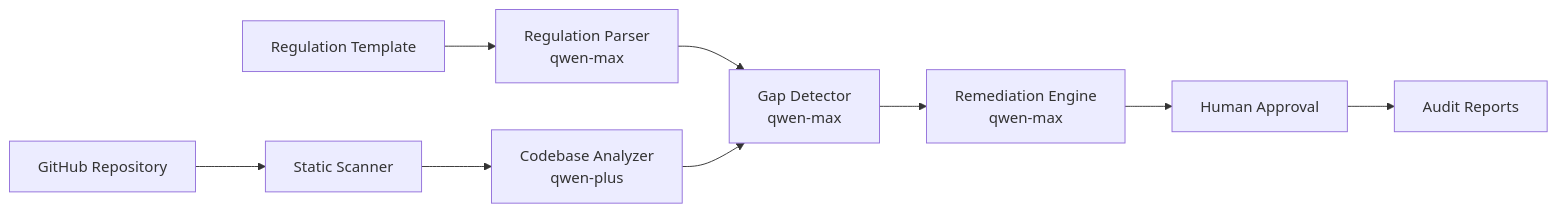
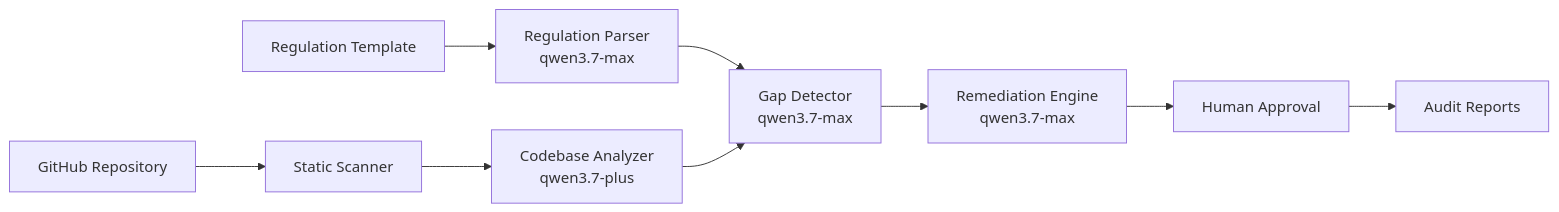
The diagram in README.md (adetorojeremiahfadesayo/Compliance-AI-Scanner), drawn with Mermaid before and after one commit. The commit also changed other lines of this file and 4 other files, not shown here.

````diff
--- a/README.md
+++ b/README.md
@@ -28,11 +28,11 @@
 ```mermaid
 flowchart LR
-    Regulation["Regulation Template"] --> Parser["Regulation Parser<br/>qwen-max"]
+    Regulation["Regulation Template"] --> Parser["Regulation Parser<br/>qwen3.7-max"]
     Repo["GitHub Repository"] --> Scanner["Static Scanner"]
-    Scanner --> Analyzer["Codebase Analyzer<br/>qwen-plus"]
-    Parser --> GapDetector["Gap Detector<br/>qwen-max"]
+    Scanner --> Analyzer["Codebase Analyzer<br/>qwen3.7-plus"]
+    Parser --> GapDetector["Gap Detector<br/>qwen3.7-max"]
     Analyzer --> GapDetector
-    GapDetector --> Remediation["Remediation Engine<br/>qwen-max"]
+    GapDetector --> Remediation["Remediation Engine<br/>qwen3.7-max"]
     Remediation --> Review["Human Approval"]
     Review --> Reports["Audit Reports"]
 ```
````
